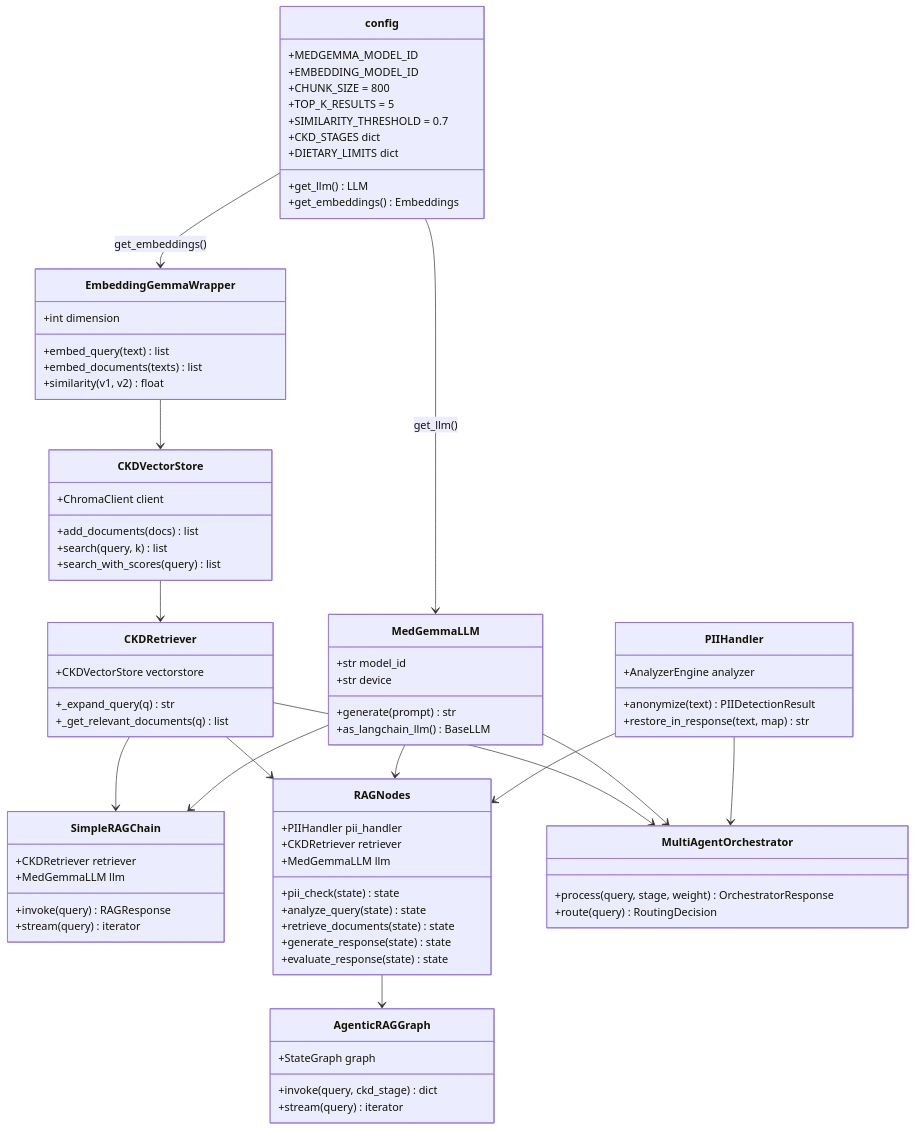
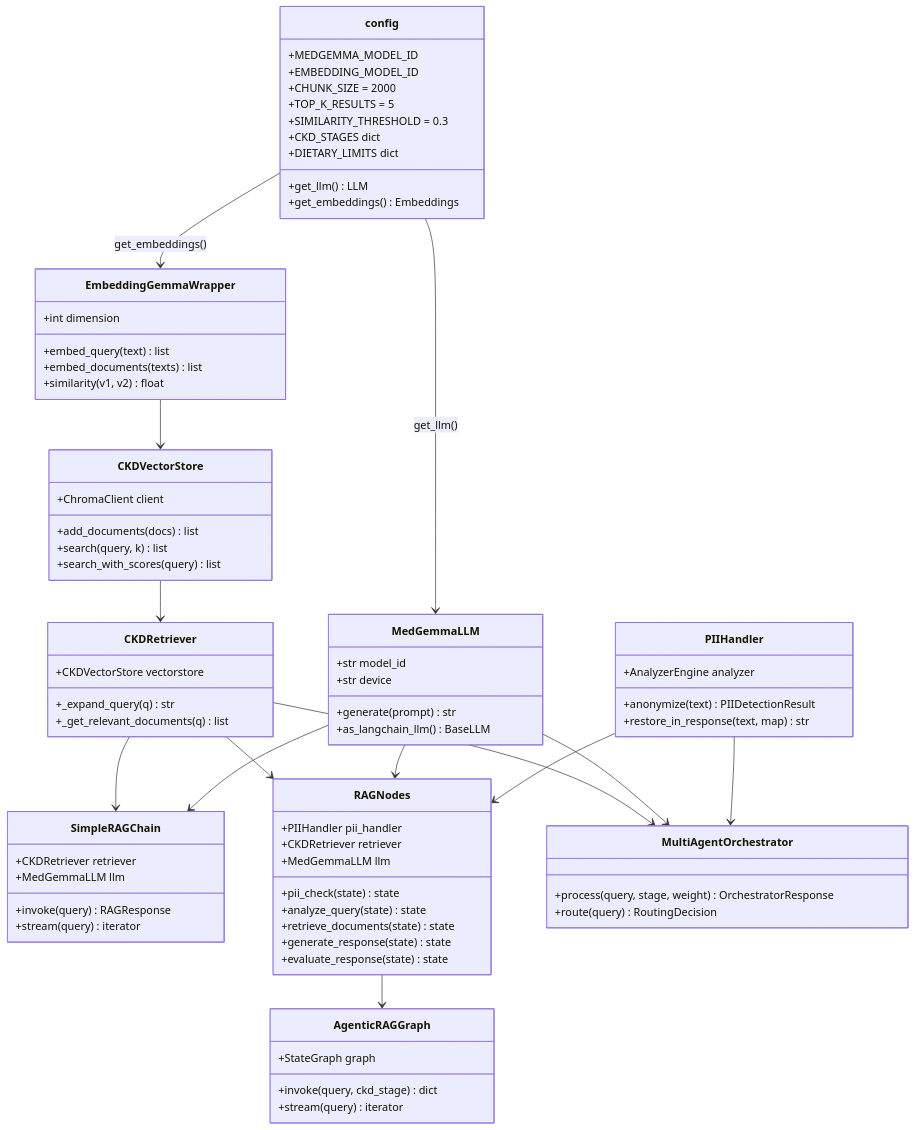
Before and after one commit to ntg2208/medgemma_RAG: the ninth of 14 diagrams in docs/architecture.md, drawn with Mermaid. The commit also changed other lines of this file and 20 other files, not shown here.

```diff
--- a/docs/architecture.md
+++ b/docs/architecture.md
@@ -356,9 +356,9 @@
     class config {
         +MEDGEMMA_MODEL_ID
         +EMBEDDING_MODEL_ID
-        +CHUNK_SIZE = 800
+        +CHUNK_SIZE = 2000
         +TOP_K_RESULTS = 5
-        +SIMILARITY_THRESHOLD = 0.7
+        +SIMILARITY_THRESHOLD = 0.3
         +CKD_STAGES dict
         +DIETARY_LIMITS dict
         +get_llm() LLM
```
